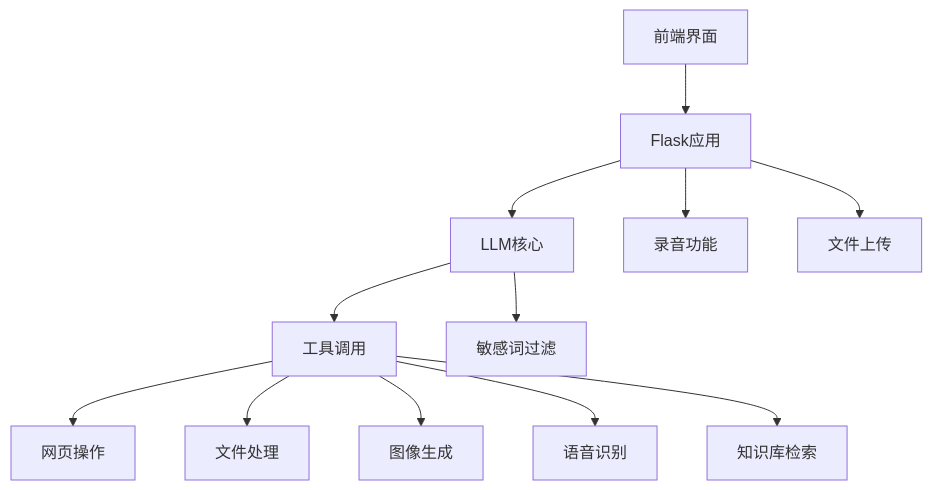
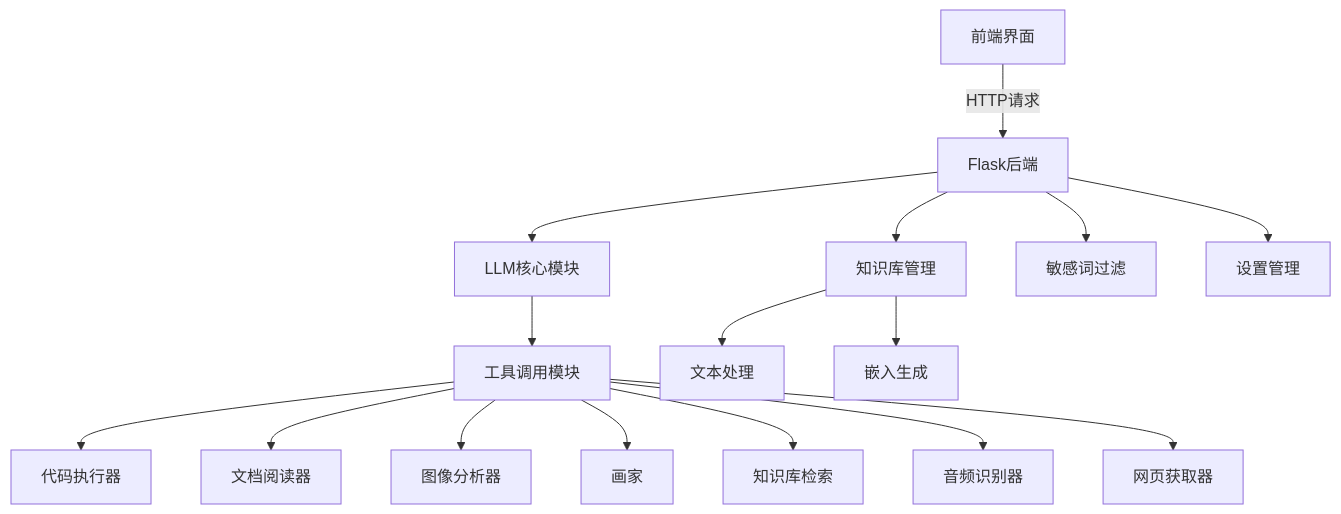
One commit to call123456789/agant changed the diagram in README.md. Above: the diagram before and after it, drawn with Mermaid. The commit also changed other lines of this file, not shown here.

````diff
--- a/README.md
+++ b/README.md
@@ -38,14 +29,18 @@
 ```mermaid
 graph TD
-    A[前端界面] --> B[Flask应用]
-    B --> C[LLM核心]
-    C --> D[工具调用]
-    D --> E[网页操作]
-    D --> F[文件处理]
-    D --> G[图像生成]
-    D --> H[语音识别]
+    A[前端界面] -->|HTTP请求| B[Flask后端]
+    B --> C[LLM核心模块]
+    C --> D[工具调用模块]
+    D --> E[代码执行器]
+    D --> F[文档阅读器]
+    D --> G[图像分析器]
+    D --> H[画家]
     D --> I[知识库检索]
-    B --> J[录音功能]
-    B --> K[文件上传]
-    C --> L[敏感词过滤]
+    D --> J[音频识别器]
+    D --> K[网页获取器]
+    B --> L[知识库管理]
+    L --> M[文本处理]
+    L --> N[嵌入生成]
+    B --> O[敏感词过滤]
+    B --> P[设置管理]
 ```
````
